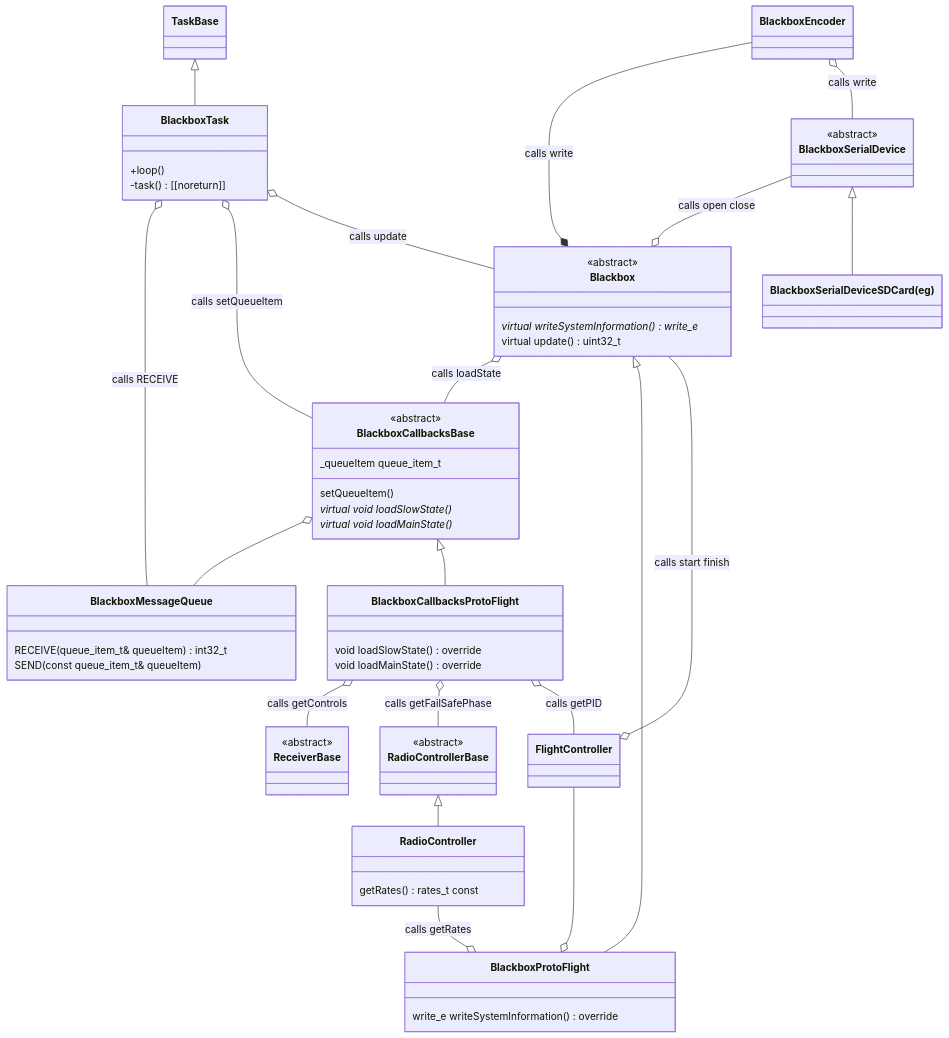
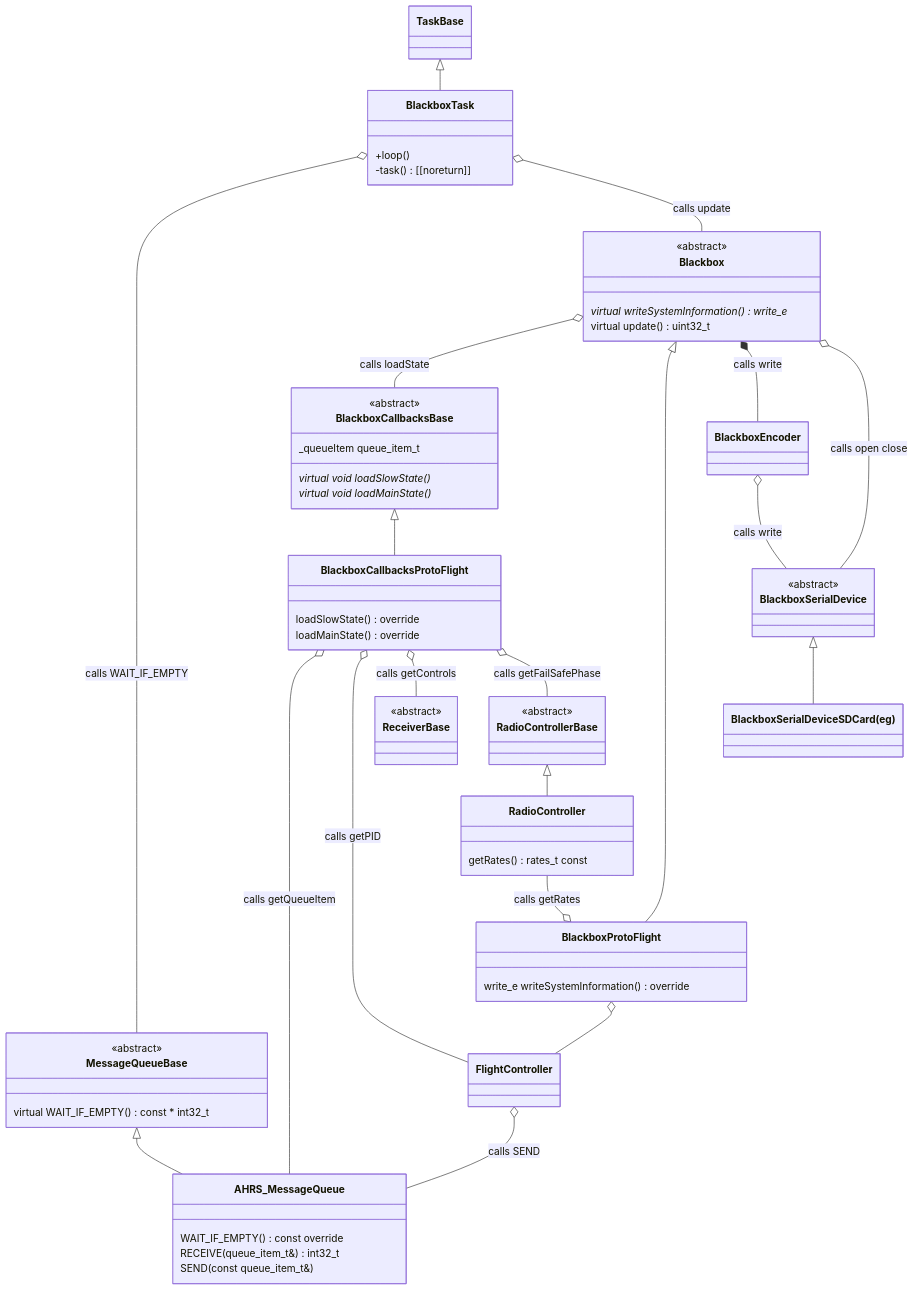
The diagram in Blackbox.md (martinbudden/Protoflight), drawn with Mermaid before and after one commit. The commit also changed 29 other files, not shown here.

Commit message:
Change to use AHRS_MessageQueue rather than BlackboxMessageQueue.

````diff
--- a/Blackbox.md
+++ b/Blackbox.md
@@ -9,14 +9,26 @@
 ```mermaid
 classDiagram
+    TaskBase <|-- BlackboxTask
+    class BlackboxTask {
+        +loop()
+        -task() [[noreturn]]
+    }
+    BlackboxTask o-- MessageQueueBase : calls WAIT_IF_EMPTY
+    BlackboxTask o-- Blackbox : calls update
     class Blackbox {
         <<abstract>>
         virtual writeSystemInformation() write_e *
         virtual update() uint32_t
     }
 
-    class BlackboxMessageQueue {
-        RECEIVE(queue_item_t& queueItem) int32_t
-        SEND(const queue_item_t& queueItem)
+    class MessageQueueBase {
+        <<abstract>>
+        virtual WAIT_IF_EMPTY() const * int32_t
+    }
+    class AHRS_MessageQueue {
+        WAIT_IF_EMPTY() const override
+        RECEIVE(queue_item_t&) int32_t
+        SEND(const queue_item_t&)
     }
     class RadioControllerBase {
         <<abstract>>
@@ -34,13 +46,12 @@
     class BlackboxCallbacksBase {
         <<abstract>>
         _queueItem queue_item_t
-        setQueueItem()
         virtual void loadSlowState() *
         virtual void loadMainState() *
     }
     class BlackboxCallbacksProtoFlight {
-        void loadSlowState() override
-        void loadMainState() override
+        loadSlowState() override
+        loadMainState() override
     }
 
     class ReceiverBase {
@@ -49,25 +60,30 @@
 
     Blackbox o-- BlackboxCallbacksBase : calls loadState
     Blackbox <|-- BlackboxProtoFlight
-    BlackboxEncoder --* Blackbox : calls write
-    BlackboxSerialDevice --o Blackbox : calls open close
+    Blackbox *-- BlackboxEncoder : calls write
+    Blackbox o-- BlackboxSerialDevice : calls open close
+    %%BlackboxEncoder --* Blackbox : calls write
+    %%BlackboxSerialDevice --o Blackbox : calls open close
     BlackboxEncoder o-- BlackboxSerialDevice : calls write
 
 
-    BlackboxCallbacksBase o-- BlackboxMessageQueue
+    FlightController o-- AHRS_MessageQueue : calls SEND
+    BlackboxCallbacksProtoFlight o-- AHRS_MessageQueue : calls getQueueItem
+    MessageQueueBase <|-- AHRS_MessageQueue
+    BlackboxCallbacksProtoFlight o-- FlightController : calls getPID
     BlackboxCallbacksProtoFlight o-- ReceiverBase : calls getControls
     BlackboxCallbacksProtoFlight o-- RadioControllerBase : calls getFailSafePhase
-    BlackboxCallbacksProtoFlight o-- FlightController : calls getPID
     %%FlightController --o BlackboxCallbacksProtoFlight
     %%FlightController o-- Blackbox : calls start finish
-    Blackbox --o FlightController : calls start finish
+    %%Blackbox --o FlightController : calls start finish
     BlackboxCallbacksBase <|-- BlackboxCallbacksProtoFlight
     %%BlackboxCallbacksProtoFlight --|> BlackboxCallbacksBase
 
-    FlightController --o BlackboxProtoFlight
+    %%FlightController --o BlackboxProtoFlight
     %%Blackbox --o FlightController
-    %%BlackboxProtoFlight o-- FlightController
+    BlackboxProtoFlight o-- FlightController
     RadioController --o BlackboxProtoFlight : calls getRates
+    %%BlackboxProtoFlight o-- RadioController : calls getRates
 
     class BlackboxSerialDevice {
         <<abstract>>
@@ -75,12 +91,4 @@
     class BlackboxSerialDeviceSDCard["BlackboxSerialDeviceSDCard(eg)"]
     BlackboxSerialDevice <|-- BlackboxSerialDeviceSDCard
 
-    TaskBase <|-- BlackboxTask
-    class BlackboxTask {
-        +loop()
-        -task() [[noreturn]]
-    }
-    BlackboxTask o-- BlackboxMessageQueue : calls RECEIVE
-    BlackboxTask o-- BlackboxCallbacksBase : calls setQueueItem
-    BlackboxTask o-- Blackbox : calls update
 ```
````
